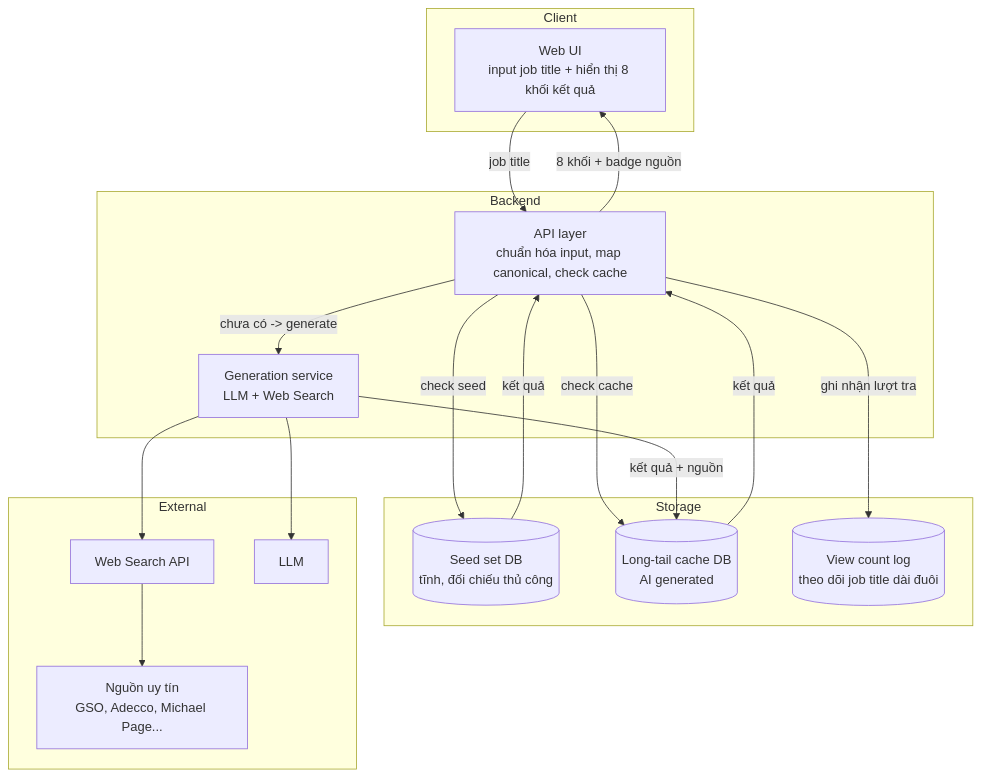
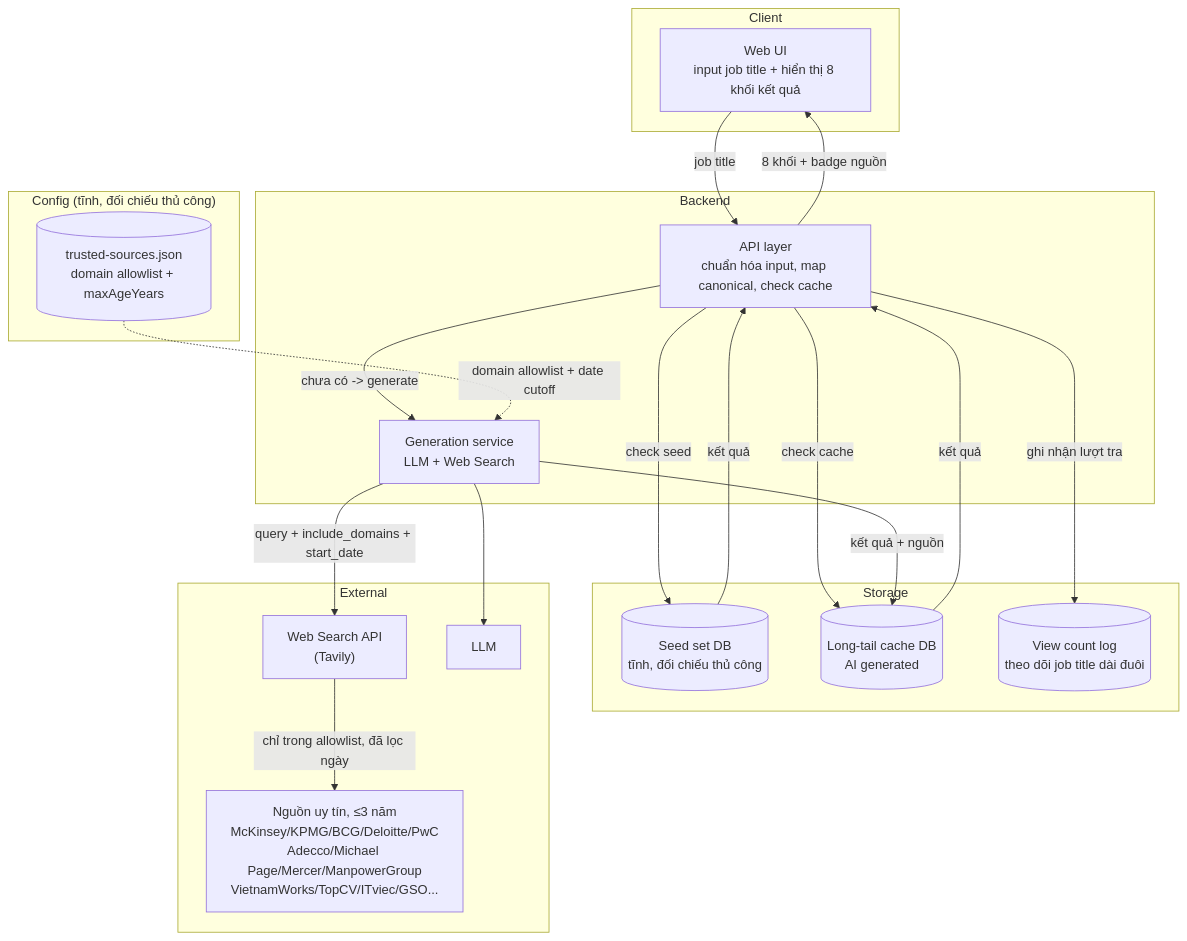
One commit to ThaoHienPhamNguyen/Career-Ver2 changed the first of 2 diagrams in docs/superpowers/specs/2026-09-16-career-job-lookup-design.md. Above: the diagram before and after it, drawn with Mermaid. The commit also changed other lines of this file, not shown here.

First line of the commit message:
docs: update design spec for trusted-source search restriction

````diff
--- a/docs/superpowers/specs/2026-09-16-career-job-lookup-design.md
+++ b/docs/superpowers/specs/2026-09-16-career-job-lookup-design.md
@@ -131,36 +139,41 @@
 ```mermaid
 graph TB
     subgraph Client["Client"]
         UI["Web UI<br/>input job title + hiển thị 8 khối kết quả"]
     end
 
     subgraph Backend["Backend"]
         API["API layer<br/>chuẩn hóa input, map canonical, check cache"]
         Gen["Generation service<br/>LLM + Web Search"]
     end
 
     subgraph Storage["Storage"]
         SeedDB[("Seed set DB<br/>tĩnh, đối chiếu thủ công")]
         CacheDB[("Long-tail cache DB<br/>AI generated")]
         ViewLog[("View count log<br/>theo dõi job title dài đuôi")]
     end
 
     subgraph External["External"]
-        Search["Web Search API"]
+        Search["Web Search API<br/>(Tavily)"]
         LLM["LLM"]
-        Sources["Nguồn uy tín<br/>GSO, Adecco, Michael Page..."]
+        Sources["Nguồn uy tín, ≤3 năm<br/>McKinsey/KPMG/BCG/Deloitte/PwC<br/>Adecco/Michael Page/Mercer/ManpowerGroup<br/>VietnamWorks/TopCV/ITviec/GSO..."]
+    end
+
+    subgraph Config["Config (tĩnh, đối chiếu thủ công)"]
+        TrustedList[("trusted-sources.json<br/>domain allowlist + maxAgeYears")]
     end
 
     UI -->|job title| API
     API -->|check seed| SeedDB
     API -->|check cache| CacheDB
     API -->|chưa có -> generate| Gen
     Gen --> LLM
-    Gen --> Search
-    Search --> Sources
+    Gen -->|query + include_domains + start_date| Search
+    TrustedList -.->|domain allowlist + date cutoff| Gen
+    Search -->|chỉ trong allowlist, đã lọc ngày| Sources
     Gen -->|kết quả + nguồn| CacheDB
     API -->|ghi nhận lượt tra| ViewLog
     SeedDB -->|kết quả| API
     CacheDB -->|kết quả| API
     API -->|8 khối + badge nguồn| UI
 ```
````
